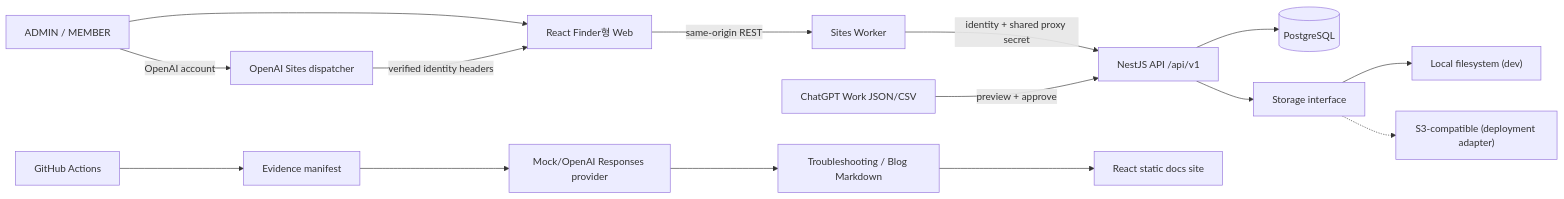
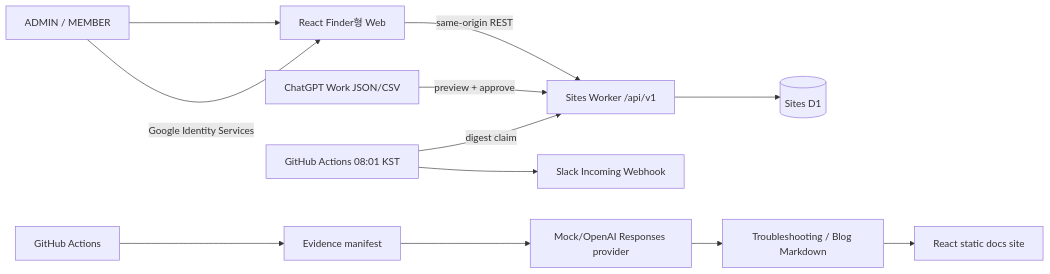
One commit to edder773/careerground changed the first of 2 diagrams in docs/architecture/system-overview.md. Above: the diagram before and after it, drawn with Mermaid. The commit also changed other lines of this file and 79 other files, not shown here.

````diff
--- a/docs/architecture/system-overview.md
+++ b/docs/architecture/system-overview.md
@@ -5,17 +5,14 @@
 ```mermaid
 flowchart LR
   U["ADMIN / MEMBER"] --> W["React Finder형 Web"]
-  U -->|"OpenAI account"| SI["OpenAI Sites dispatcher"]
-  SI -->|"verified identity headers"| W
-  W -->|"same-origin REST"| SW["Sites Worker"]
-  SW -->|"identity + shared proxy secret"| A["NestJS API /api/v1"]
-  A --> P[("PostgreSQL")]
-  A --> S["Storage interface"]
-  S --> L["Local filesystem (dev)"]
-  S -.-> O["S3-compatible (deployment adapter)"]
-  C["ChatGPT Work JSON/CSV"] -->|"preview + approve"| A
+  U -->|"Google Identity Services"| W
+  W -->|"same-origin REST"| SW["Sites Worker /api/v1"]
+  SW --> D1[("Sites D1")]
+  C["ChatGPT Work JSON/CSV"] -->|"preview + approve"| SW
+  GA["GitHub Actions 08:01 KST"] -->|"digest claim"| SW
+  GA --> SL["Slack Incoming Webhook"]
   G["GitHub Actions"] --> E["Evidence manifest"]
   E --> R["Mock/OpenAI Responses provider"]
   R --> D["Troubleshooting / Blog Markdown"]
   D --> DS["React static docs site"]
 ```
````
